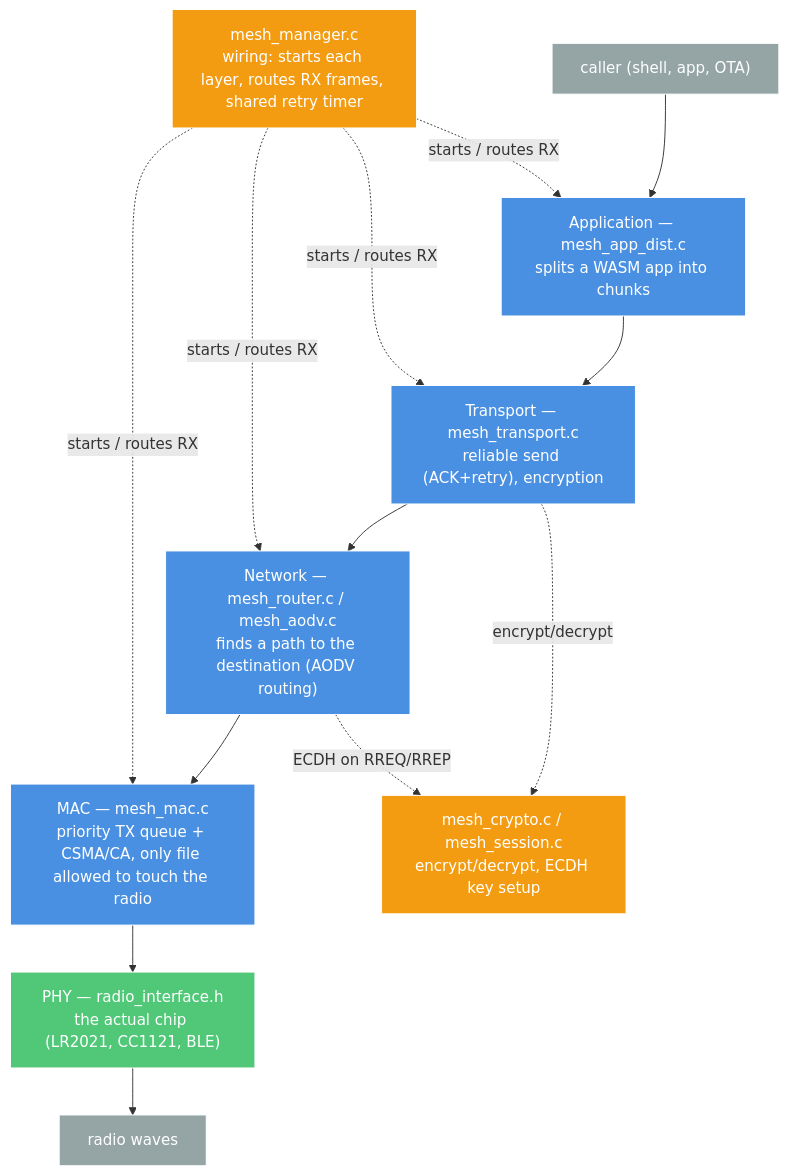
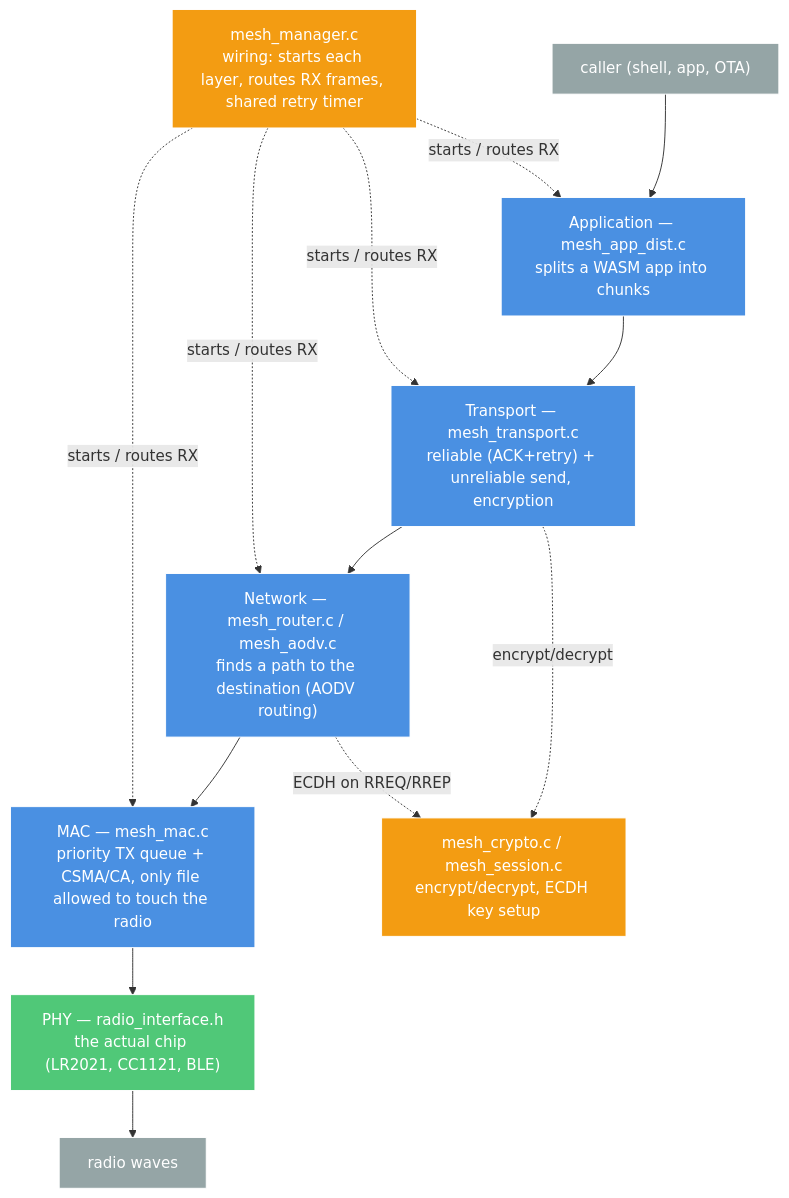
Before and after one commit to ArturR0k3r/AkiraOS: the first of 2 diagrams in docs/architecture/mesh-networking.md, drawn with Mermaid. The commit also changed other lines of this file, not shown here.

Commit message:
fix(mesh): update transport layer description to include unreliable send

````diff
--- a/docs/architecture/mesh-networking.md
+++ b/docs/architecture/mesh-networking.md
@@ -14,26 +14,26 @@
 ```mermaid
 graph TB
     classDef caller fill:#95a5a6,stroke:#fff,color:#fff
     classDef layer fill:#4A90E2,stroke:#fff,color:#fff
     classDef phy fill:#50C878,stroke:#fff,color:#fff
     classDef helper fill:#f39c12,stroke:#fff,color:#fff
 
     CALLER["caller (shell, app, OTA)"]:::caller
     APP["Application — mesh_app_dist.c<br/>splits a WASM app into chunks"]:::layer
-    TRANSPORT["Transport — mesh_transport.c<br/>reliable send (ACK+retry), encryption"]:::layer
+    TRANSPORT["Transport — mesh_transport.c<br/>reliable (ACK+retry) + unreliable send, encryption"]:::layer
     NETWORK["Network — mesh_router.c / mesh_aodv.c<br/>finds a path to the destination (AODV routing)"]:::layer
     MAC["MAC — mesh_mac.c<br/>priority TX queue + CSMA/CA, only file allowed to touch the radio"]:::layer
     PHY["PHY — radio_interface.h<br/>the actual chip (LR2021, CC1121, BLE)"]:::phy
     WAVES["radio waves"]:::caller
 
     MANAGER["mesh_manager.c<br/>wiring: starts each layer, routes RX frames, shared retry timer"]:::helper
     CRYPTO["mesh_crypto.c / mesh_session.c<br/>encrypt/decrypt, ECDH key setup"]:::helper
 
     CALLER --> APP --> TRANSPORT --> NETWORK --> MAC --> PHY --> WAVES
     MANAGER -.starts / routes RX.-> APP
     MANAGER -.starts / routes RX.-> TRANSPORT
     MANAGER -.starts / routes RX.-> NETWORK
     MANAGER -.starts / routes RX.-> MAC
     TRANSPORT -.encrypt/decrypt.-> CRYPTO
     NETWORK -.ECDH on RREQ/RREP.-> CRYPTO
 ```
````
